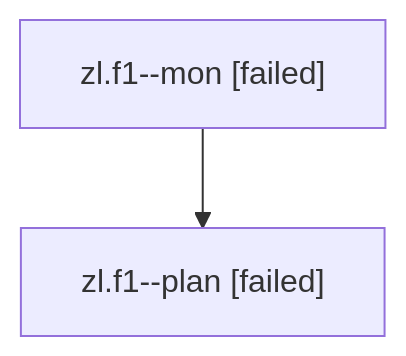
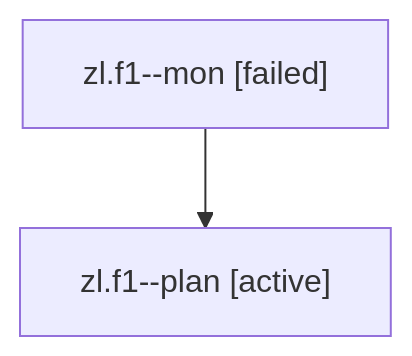
One commit to sase-org/sase--agents changed the diagram in families/bbugyi200.athena.zl.f1.md. Above: the diagram before and after it, drawn with Mermaid. The commit also changed other lines of this file and 35830 other files, not shown here.

````diff
--- a/families/bbugyi200.athena.zl.f1.md
+++ b/families/bbugyi200.athena.zl.f1.md
@@ -9,6 +9,6 @@
 ```mermaid
 flowchart TD
   n0["zl.f1--mon [failed]"]
-  n1["zl.f1--plan [failed]"]
+  n1["zl.f1--plan [active]"]
   n0 --> n1
 ```
````
